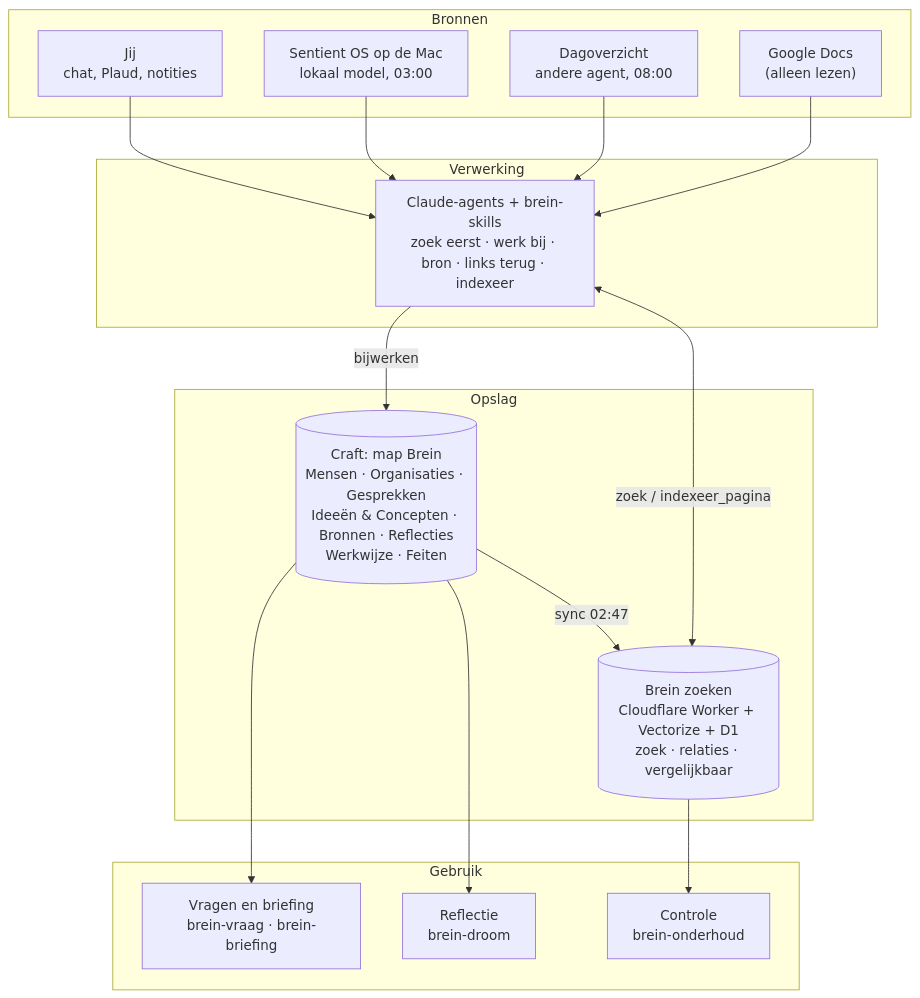
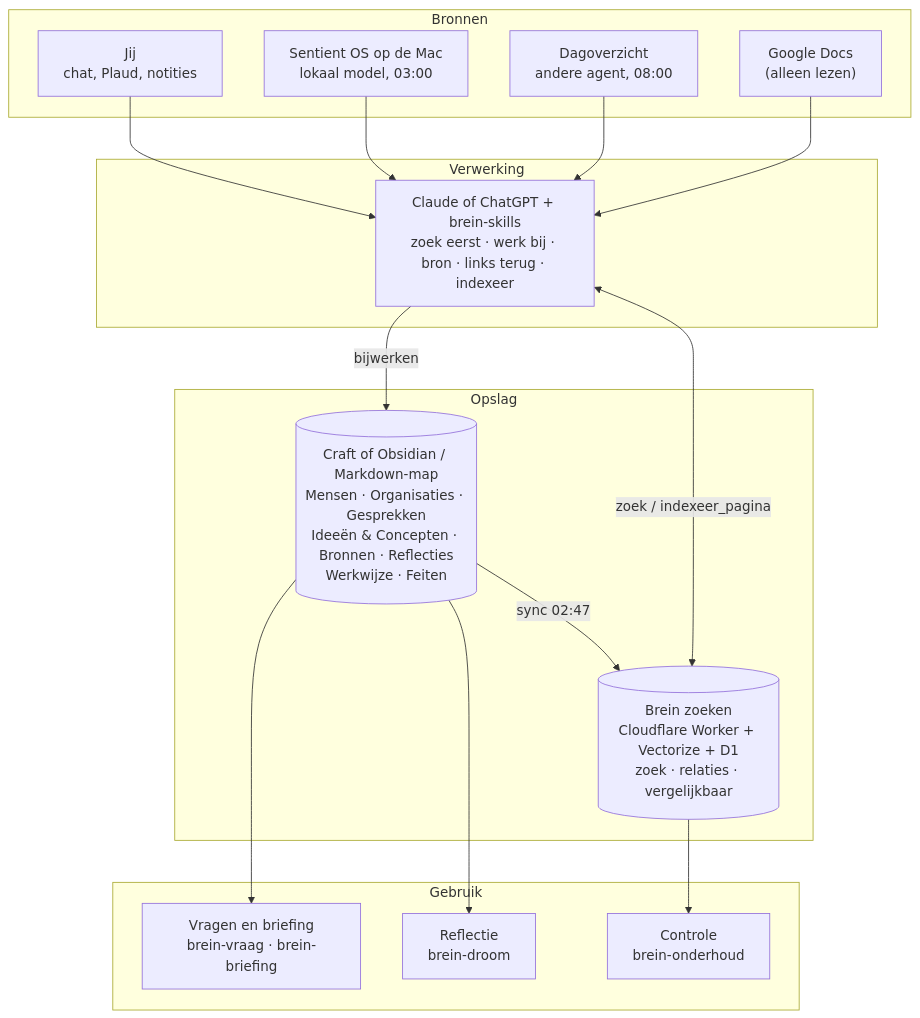
One commit to ZenMicroSaaS/brein changed the first of 2 diagrams in docs/schema.md. Above: the diagram before and after it, drawn with Mermaid. The commit also changed 8 other files, not shown here.

First line of the commit message:
ChatGPT en Obsidian/Markdown als alternatieven

````diff
--- a/docs/schema.md
+++ b/docs/schema.md
@@ -5,31 +5,31 @@
 ```mermaid
 flowchart TB
   subgraph Bronnen
     D["Google Docs<br/>(alleen lezen)"]
     O["Dagoverzicht<br/>andere agent, 08:00"]
     S["Sentient OS op de Mac<br/>lokaal model, 03:00"]
     E["Jij<br/>chat, Plaud, notities"]
   end
   subgraph Verwerking
-    V["Claude-agents + brein-skills<br/>zoek eerst · werk bij · bron · links terug · indexeer"]
+    V["Claude of ChatGPT + brein-skills<br/>zoek eerst · werk bij · bron · links terug · indexeer"]
   end
   subgraph Opslag
-    C[("Craft: map Brein<br/>Mensen · Organisaties · Gesprekken<br/>Ideeën & Concepten · Bronnen · Reflecties<br/>Werkwijze · Feiten")]
+    C[("Craft of Obsidian / Markdown-map<br/>Mensen · Organisaties · Gesprekken<br/>Ideeën & Concepten · Bronnen · Reflecties<br/>Werkwijze · Feiten")]
     Z[("Brein zoeken<br/>Cloudflare Worker + Vectorize + D1<br/>zoek · relaties · vergelijkbaar")]
   end
   subgraph Gebruik
     Q["Vragen en briefing<br/>brein-vraag · brein-briefing"]
     R["Reflectie<br/>brein-droom"]
     K["Controle<br/>brein-onderhoud"]
   end
   D --> V
   O --> V
   S --> V
   E --> V
   V -->|bijwerken| C
   V <-->|zoek / indexeer_pagina| Z
   C -->|sync 02:47| Z
   C --> Q
   C --> R
   Z --> K
 ```
````
